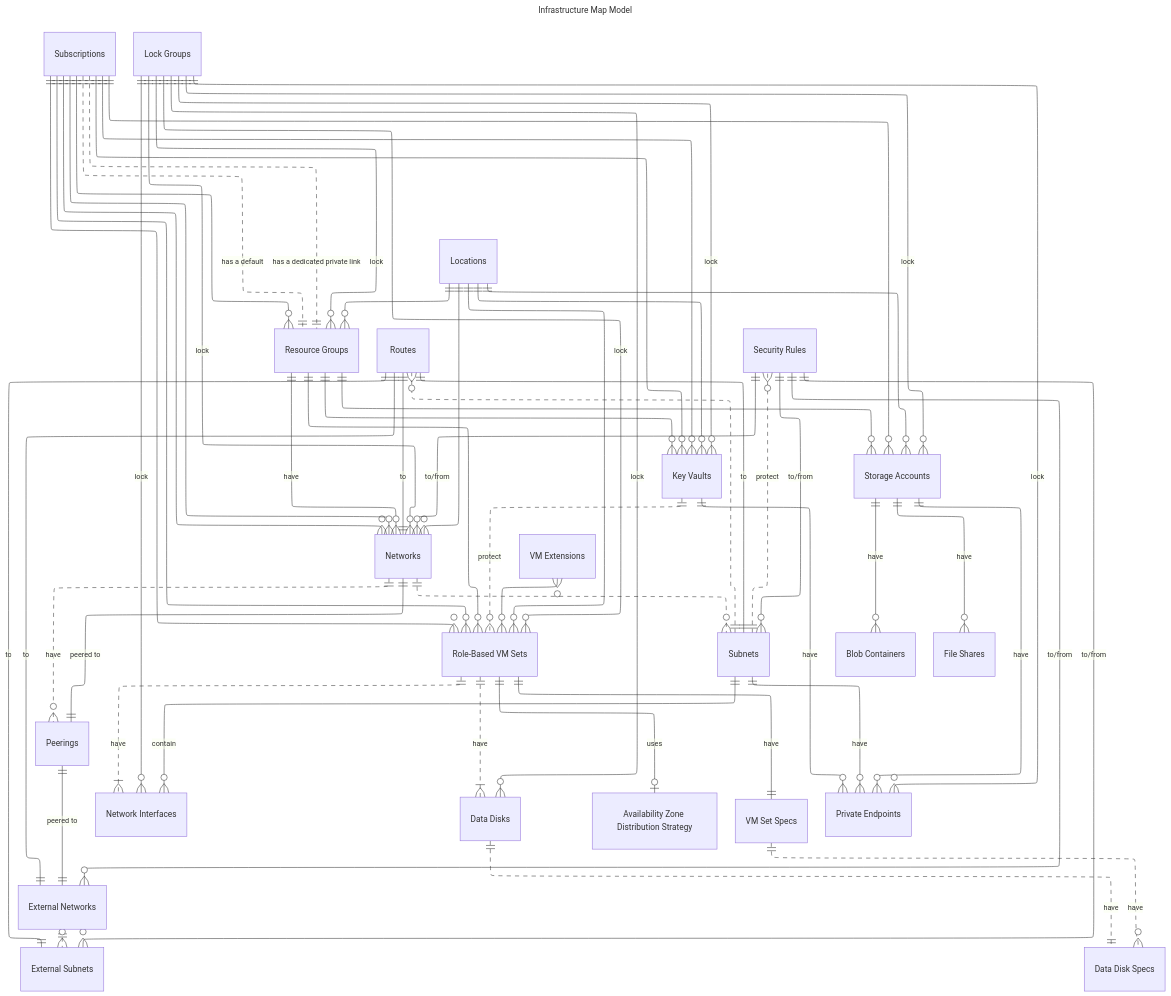
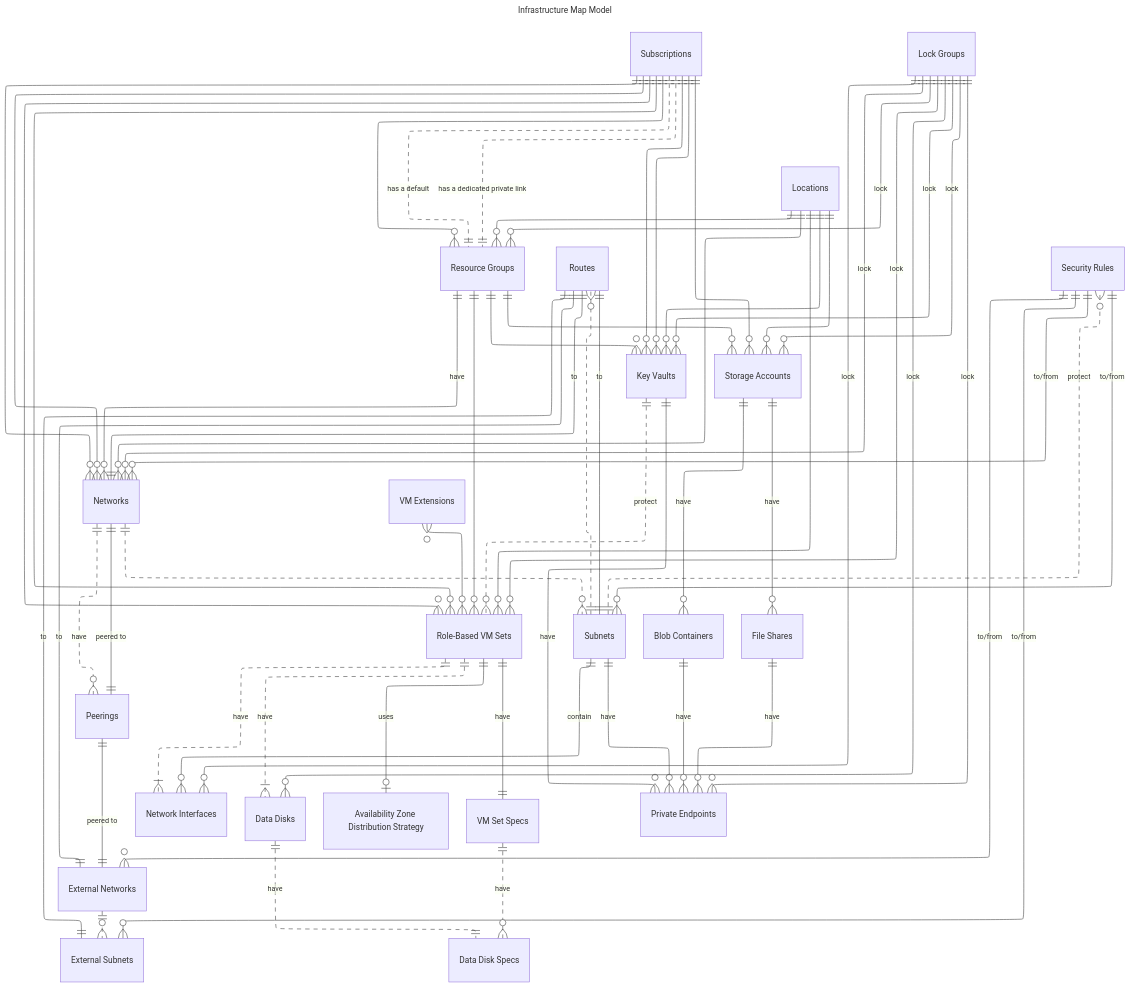
Before and after one commit to Azure/relational-infrastructure: the diagram in README.md, drawn with Mermaid.

````diff
--- a/README.md
+++ b/README.md
@@ -9,64 +9,65 @@
 ```mermaid
 ---
 title: Infrastructure Map Model
 config:
         layout: elk
 ---
 erDiagram
   Locations ||--o{ "Resource Groups" : ""
   Locations ||--o{ "Networks" : ""
   Locations ||--o{ "Role-Based VM Sets" : ""
   Locations ||--o{ "Key Vaults" : ""
   Locations ||--o{ "Storage Accounts" : ""
   Subscriptions ||--o{ "Key Vaults" : ""
   Subscriptions ||--o{ "Resource Groups" : ""
   Subscriptions ||--o{ "Networks" : ""
   Subscriptions ||--o{ "Role-Based VM Sets" : ""
   Subscriptions ||--o{ "Storage Accounts" : ""
   "Resource Groups" ||--o{ "Role-Based VM Sets" : ""
   "Resource Groups" ||--o{ "Key Vaults" : ""
   "Resource Groups" ||--o{ "Storage Accounts" : ""
   "Subscriptions" ||..|| "Resource Groups" : "has a default"
   "Subscriptions" ||..|| "Resource Groups" : "has a dedicated private link"
   "Subscriptions" ||--o{ "Networks" : ""
   "Subscriptions" ||--o{ "Role-Based VM Sets" : ""
   "Subscriptions" ||--o{ "Key Vaults" : ""
   "VM Extensions" }o--o{ "Role-Based VM Sets" : ""
   "Networks" ||..o{ "Subnets" : ""
   "External Networks" ||..o{ "External Subnets" : ""
   "Subnets" ||..o{ "Routes" : ""
   "Routes" ||--|| "Networks" : "to"
   "Routes" ||--|| "External Networks" : "to"
   "Routes" ||--|| "Subnets" : "to"
   "Routes" ||--|| "External Subnets" : "to"
   "Subnets" ||..o{ "Security Rules" : "protect"
   "Security Rules" ||--o{ "Networks" : "to/from"
   "Security Rules" ||--o{ "Subnets" : "to/from"
   "Security Rules" ||--o{ "External Networks" : "to/from"
   "Security Rules" ||--o{ "External Subnets" : "to/from"
   "Key Vaults" ||..o{ "Role-Based VM Sets" : "protect"
   "Role-Based VM Sets" ||..|{ "Network Interfaces" : "have"
   "Role-Based VM Sets" ||..|{ "Data Disks" : "have"
   "Subnets" ||--o{ "Network Interfaces" : "contain"
   "Role-Based VM Sets" ||--o| "Availability Zone Distribution Strategy" : "uses"
   "Role-Based VM Sets" ||--|| "VM Set Specs" : "have"
   "VM Set Specs" ||..o{ "Data Disk Specs" : "have"
   "Data Disks" ||..|| "Data Disk Specs" : "have"
   "Resource Groups" ||--o{ "Networks" : "have"
   "Key Vaults" ||--o{ "Private Endpoints" : "have"
   "Subnets" ||--o{ "Private Endpoints" : "have"
-  "Storage Accounts" ||--o{ "Private Endpoints" : "have"
   "Networks" ||..o{ "Peerings" : "have"
   "Peerings" ||--|| "Networks" : "peered to"
   "Peerings" ||--|| "External Networks" : "peered to"
   "Lock Groups" ||--o{ "Resource Groups" : "lock"
   "Lock Groups" ||--o{ "Networks" : "lock"
   "Lock Groups" ||--o{ "Key Vaults" : "lock"
   "Lock Groups" ||--o{ "Role-Based VM Sets" : "lock"
   "Lock Groups" ||--o{ "Data Disks" : "lock"
   "Lock Groups" ||--o{ "Network Interfaces" : "lock"
   "Lock Groups" ||--o{ "Private Endpoints" : "lock"
   "Lock Groups" ||--o{ "Storage Accounts" : "lock"
   "Storage Accounts" ||--o{ "Blob Containers" : "have"
   "Storage Accounts" ||--o{ "File Shares" : "have"
+  "Blob Containers" ||--o{ "Private Endpoints" : "have"
+  "File Shares" ||--o{ "Private Endpoints" : "have"
 ```
````
